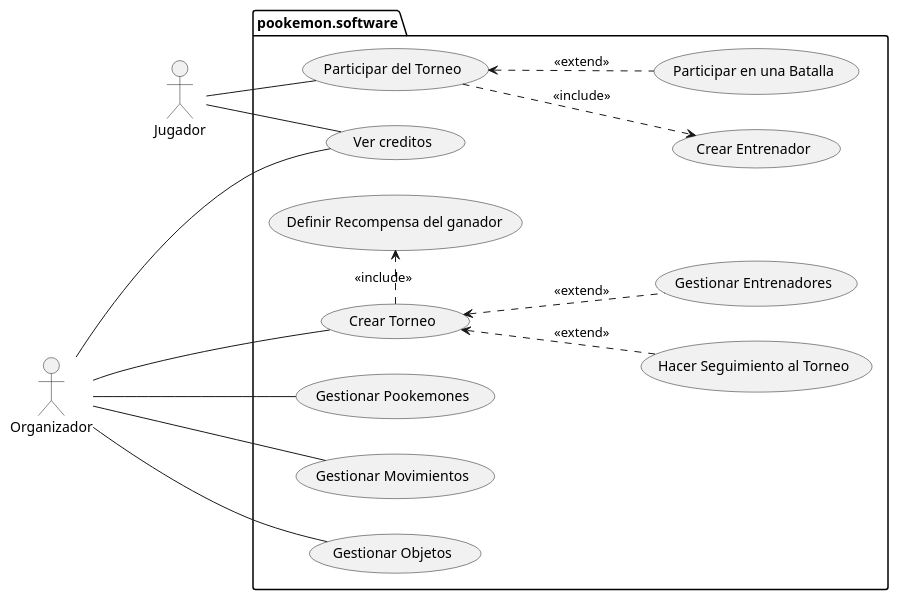
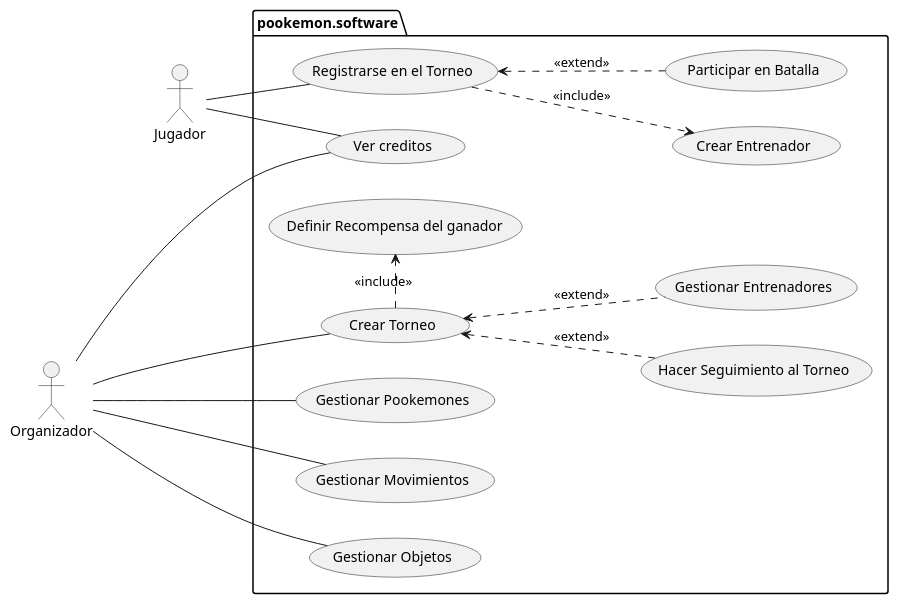
The diagram in 5 diagramas de casos de uso/Casos de usos (Nivel 0).plantuml (Edmh1/Poo-Kemon-proyecto), drawn with PlantUML before and after one commit. The commit also changed 1 other file, not shown here.

```diff
--- a/5 diagramas de casos de uso/Casos de usos (Nivel 0).plantuml
+++ b/5 diagramas de casos de uso/Casos de usos (Nivel 0).plantuml
@@ -1,43 +1,44 @@
 @startuml casos_de_uso_nivel_0
 
 left to right direction
 
 actor Jugador 
 actor Organizador 
 
 package "pookemon.software" {
     
-    usecase "Participar del Torneo" as parTor
+    usecase "Registrarse en el Torneo" as regTor
     usecase "Crear Entrenador" as creEnt
-    usecase "Participar en una Batalla" as parBat
+    usecase "Participar en Batalla" as parBat
 
     usecase "Ver creditos" as verCre
 
     usecase "Crear Torneo" as creTor
     usecase "Hacer Seguimiento al Torneo" as hacSeg
     usecase "Definir Recompensa del ganador" as defRec
     usecase "Gestionar Pookemones" as gesPoo
     usecase "Gestionar Movimientos" as gesMov
     usecase "Gestionar Entrenadores" as gesEnt
     usecase "Gestionar Objetos" as gesObj
 }
 
 Jugador -- verCre
 
-Jugador -- parTor
-parTor ..> creEnt:<<include>>
-parTor <.. parBat:<<extend>>
+
+Jugador -- regTor
+regTor ..> creEnt:<<include>>
+regTor <.. parBat:<<extend>>
 
 Organizador --- verCre
 
 Organizador -- creTor
 creTor .> defRec:<<include>>
 creTor <.. gesEnt:<<extend>>
 creTor <.. hacSeg:<<extend>>
 
 
 Organizador -- gesPoo
 Organizador -- gesObj
 Organizador -- gesMov
 
 @enduml
```
